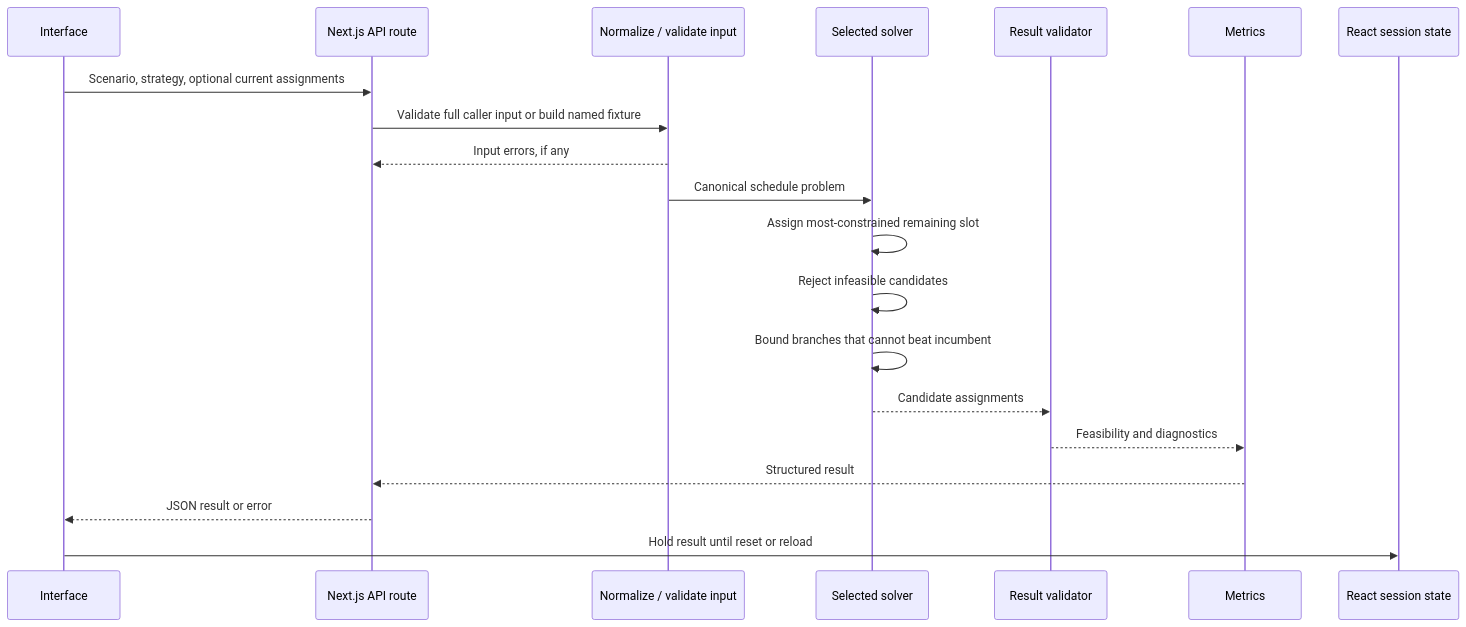
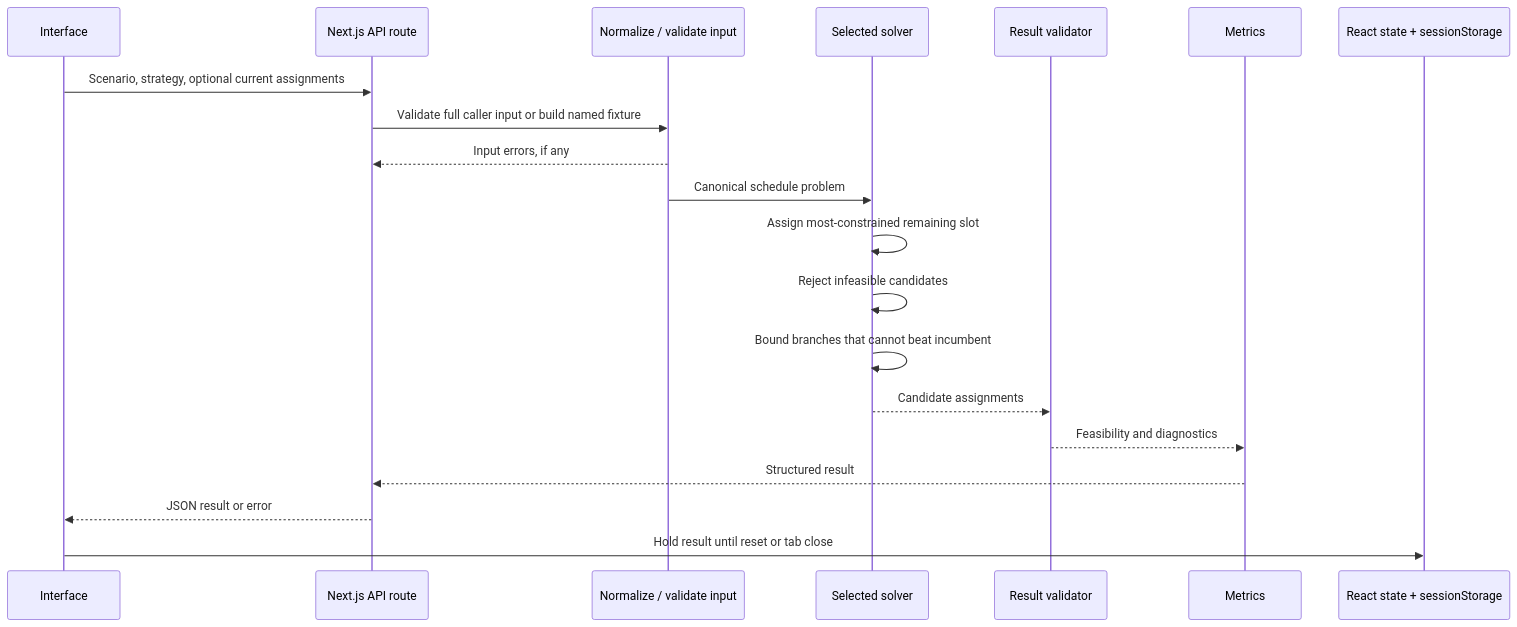
The second of 2 diagrams in docs/architecture.md (kanwarvig/shiftcraft-scheduler), drawn with Mermaid before and after one commit. The commit also changed other lines of this file and 21 other files, not shown here.

````diff
--- a/docs/architecture.md
+++ b/docs/architecture.md
@@ -76,22 +76,22 @@
 ```mermaid
 sequenceDiagram
     participant UI as Interface
     participant A as Next.js API route
     participant N as Normalize / validate input
     participant S as Selected solver
     participant V as Result validator
     participant M as Metrics
-    participant P as React session state
+    participant P as React state + sessionStorage
     UI->>A: Scenario, strategy, optional current assignments
     A->>N: Validate full caller input or build named fixture
     N-->>A: Input errors, if any
     N->>S: Canonical schedule problem
     S->>S: Assign most-constrained remaining slot
     S->>S: Reject infeasible candidates
     S->>S: Bound branches that cannot beat incumbent
     S-->>V: Candidate assignments
     V-->>M: Feasibility and diagnostics
     M-->>A: Structured result
     A-->>UI: JSON result or error
-    UI->>P: Hold result until reset or reload
+    UI->>P: Hold result until reset or tab close
 ```
````
